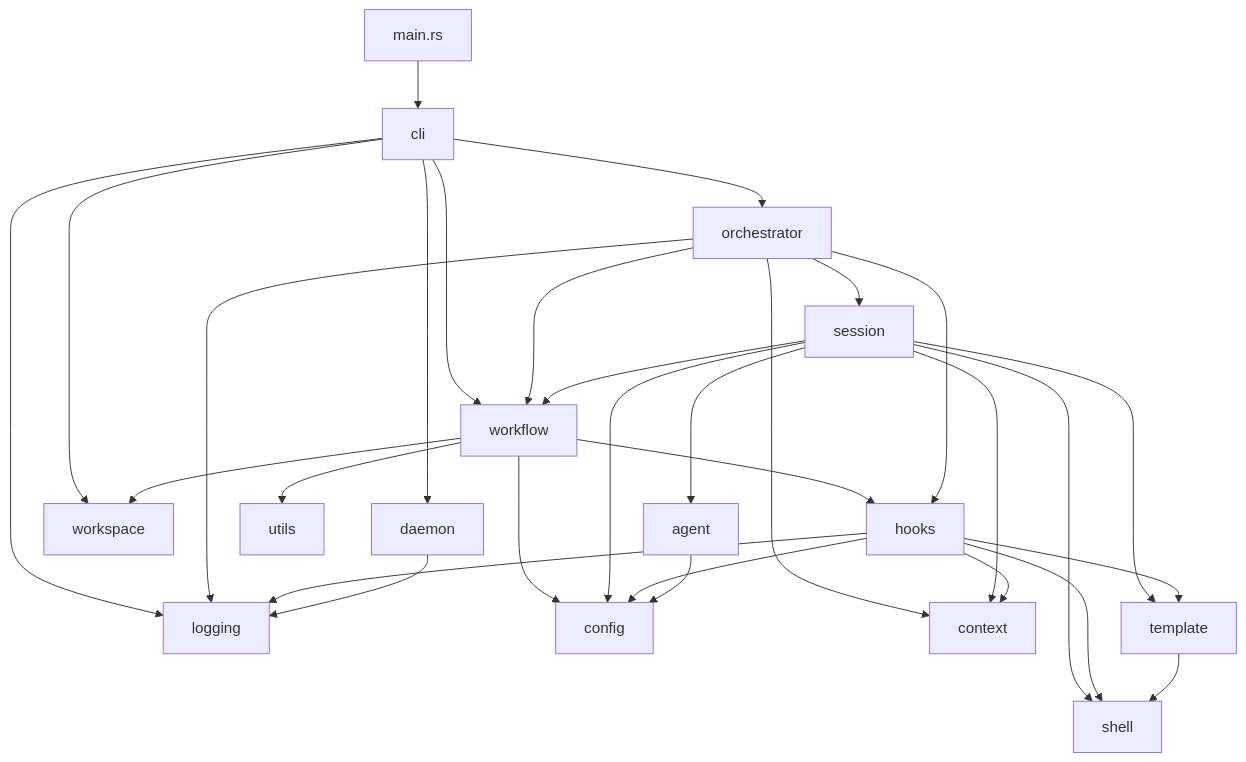
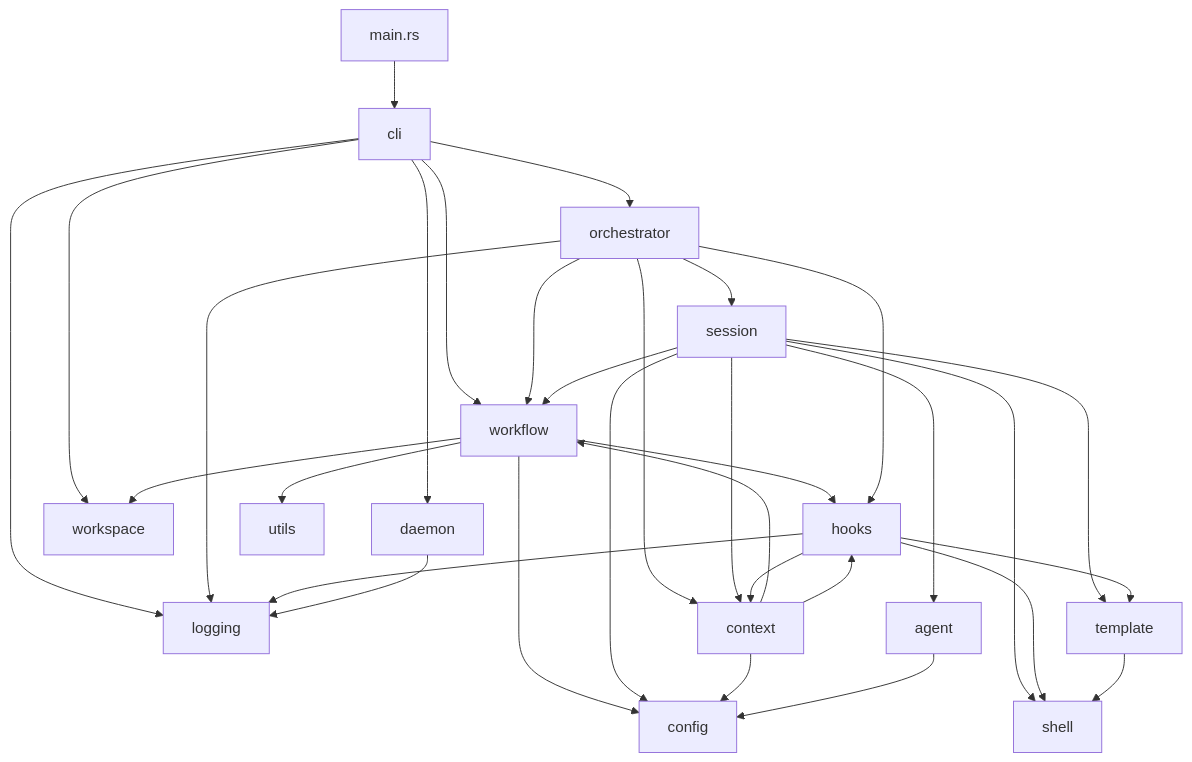
Before and after one commit to yii-labs/vik: the first of 2 diagrams in docs/development/architecture.md, drawn with Mermaid. The commit also changed other lines of this file and 41 other files, not shown here.

````diff
--- a/docs/development/architecture.md
+++ b/docs/development/architecture.md
@@ -49,37 +49,40 @@
 ```mermaid
 graph TD
     main[main.rs] --> cli[cli]
     cli --> workflow[workflow]
     cli --> daemon[daemon]
     cli --> logging[logging]
     cli --> orchestrator[orchestrator]
     cli --> workspace[workspace]
 
     workflow --> config[config]
     workflow --> hooks[hooks]
     workflow --> workspace
     workflow --> utils[utils]
 
     orchestrator --> workflow
     orchestrator --> session[session]
     orchestrator --> hooks
     orchestrator --> context[context]
     orchestrator --> logging
 
     session --> agent[agent]
     session --> config
     session --> context
     session --> shell[shell]
     session --> template[template]
     session --> workflow
 
-    hooks --> config
+    context --> workflow
+    context --> config
+    context --> hooks
+
     hooks --> context
     hooks --> logging
     hooks --> shell
     hooks --> template
 
     agent --> config
     template --> shell
     daemon --> logging
 ```
````
